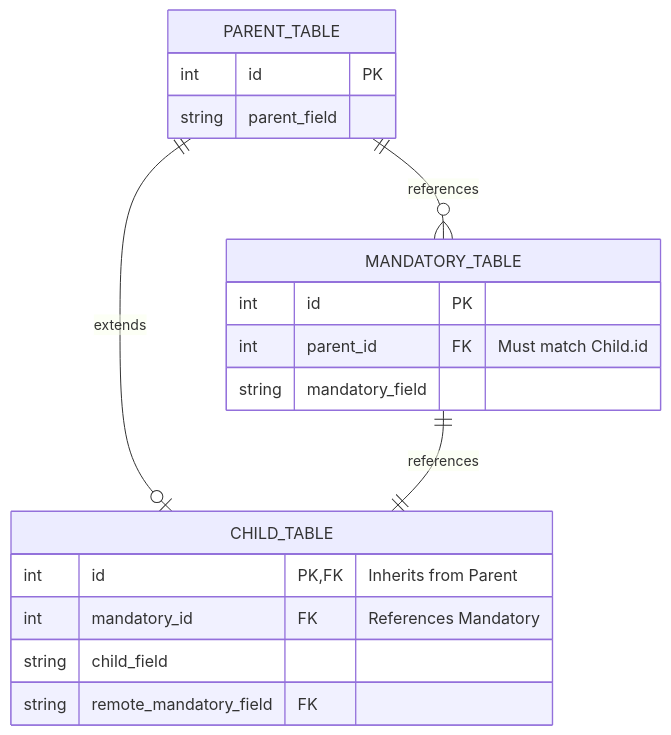
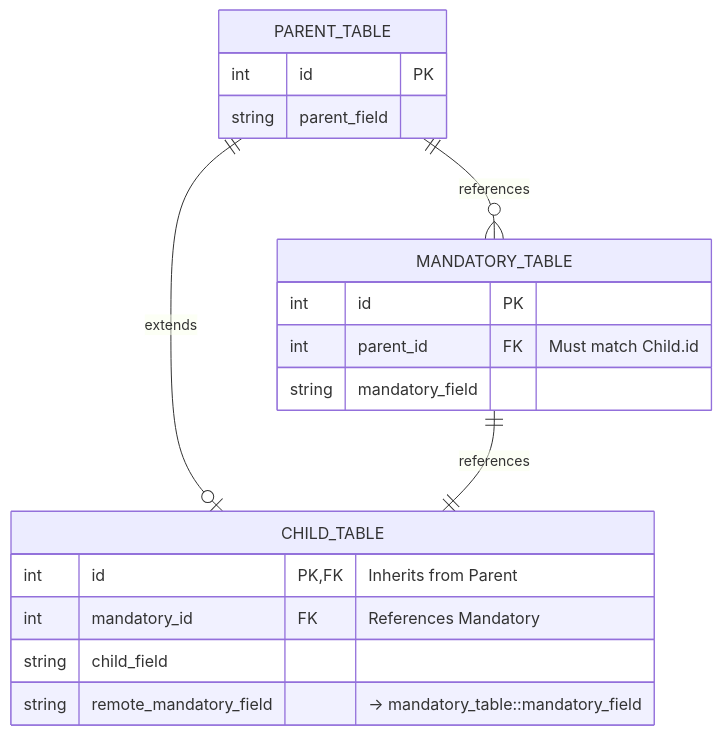
Before and after one commit to LucaCappelletti94/diesel-builders: the fourth of 5 diagrams in README.md, drawn with Mermaid. The commit also changed other lines of this file, not shown here.

````diff
--- a/README.md
+++ b/README.md
@@ -358,21 +294,21 @@
 ```mermaid
 erDiagram
     PARENT_TABLE ||--o{ MANDATORY_TABLE : references
     PARENT_TABLE ||--o| CHILD_TABLE : extends
     MANDATORY_TABLE ||--|| CHILD_TABLE : "references"
     PARENT_TABLE {
         int id PK
         string parent_field
     }
     MANDATORY_TABLE {
         int id PK
         int parent_id FK "Must match Child.id"
         string mandatory_field
     }
     CHILD_TABLE {
         int id PK,FK "Inherits from Parent"
         int mandatory_id FK "References Mandatory"
         string child_field
-        string remote_mandatory_field FK
+        string remote_mandatory_field "→ mandatory_table::mandatory_field"
     }
 ```
````
